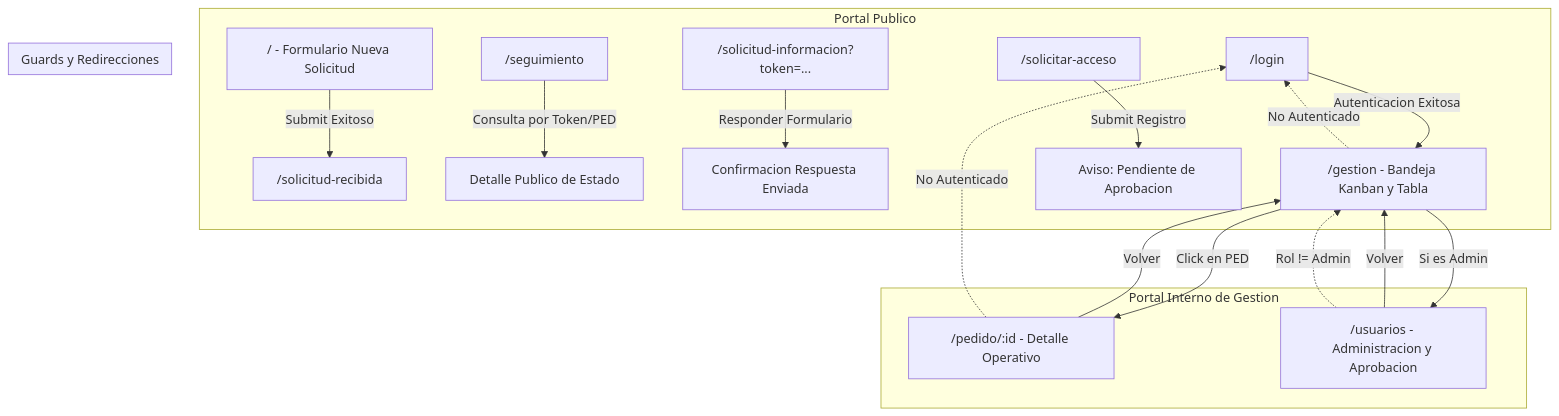
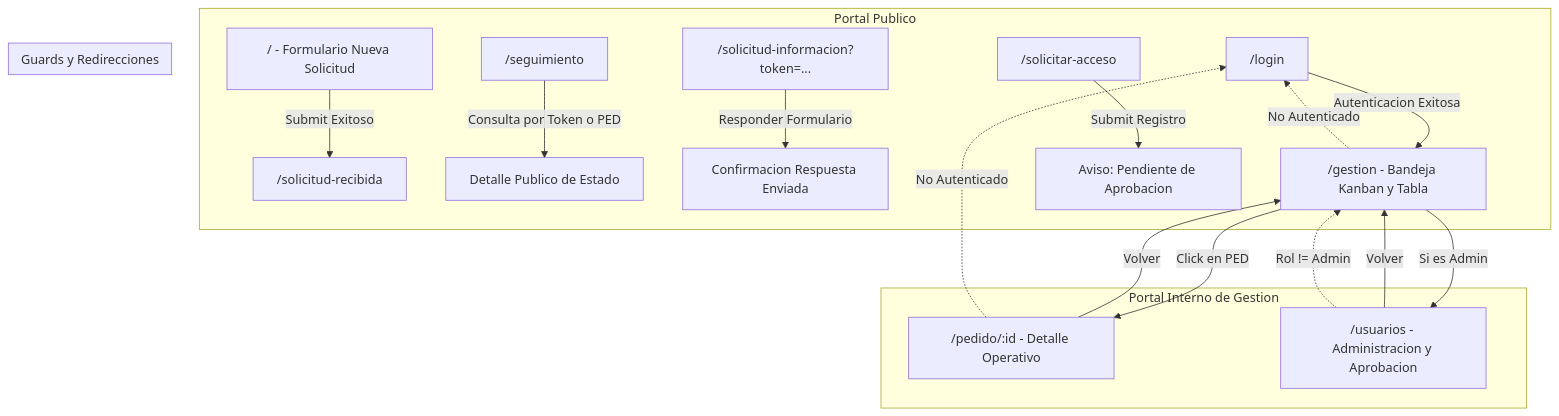
Before and after one commit to saldiviapablo/formulariopedidos: the diagram in docs/current-state/01_PAGINAS_Y_NAVEGACION.md, drawn with Mermaid. The commit also changed other lines of this file and 18 other files, not shown here.

````diff
--- a/docs/current-state/01_PAGINAS_Y_NAVEGACION.md
+++ b/docs/current-state/01_PAGINAS_Y_NAVEGACION.md
@@ -31,23 +31,23 @@
 ```mermaid
 graph TD
     subgraph Publico [Portal Publico]
         A["/ - Formulario Nueva Solicitud"] -->|Submit Exitoso| B["/solicitud-recibida"]
-        C["/seguimiento"] -->|Consulta por Token/PED| C1[Detalle Publico de Estado]
-        D["/solicitud-informacion?token=..."] -->|Responder Formulario| D1[Confirmacion Respuesta Enviada]
+        C["/seguimiento"] -->|Consulta por Token o PED| C1["Detalle Publico de Estado"]
+        D["/solicitud-informacion?token=..."] -->|Responder Formulario| D1["Confirmacion Respuesta Enviada"]
         E["/login"] -->|Autenticacion Exitosa| G
-        F["/solicitar-acceso"] -->|Submit Registro| F1[Aviso: Pendiente de Aprobacion]
+        F["/solicitar-acceso"] -->|Submit Registro| F1["Aviso: Pendiente de Aprobacion"]
     end
 
     subgraph Privado [Portal Interno de Gestion]
         G["/gestion - Bandeja Kanban y Tabla"] -->|Click en PED| H["/pedido/:id - Detalle Operativo"]
         G -->|Si es Admin| I["/usuarios - Administracion y Aprobacion"]
         H -->|Volver| G
         I -->|Volver| G
     end
 
     subgraph Guards [Guards y Redirecciones]
         G -.->|No Autenticado| E
         H -.->|No Autenticado| E
         I -.->|Rol != Admin| G
     end
 ```
````
